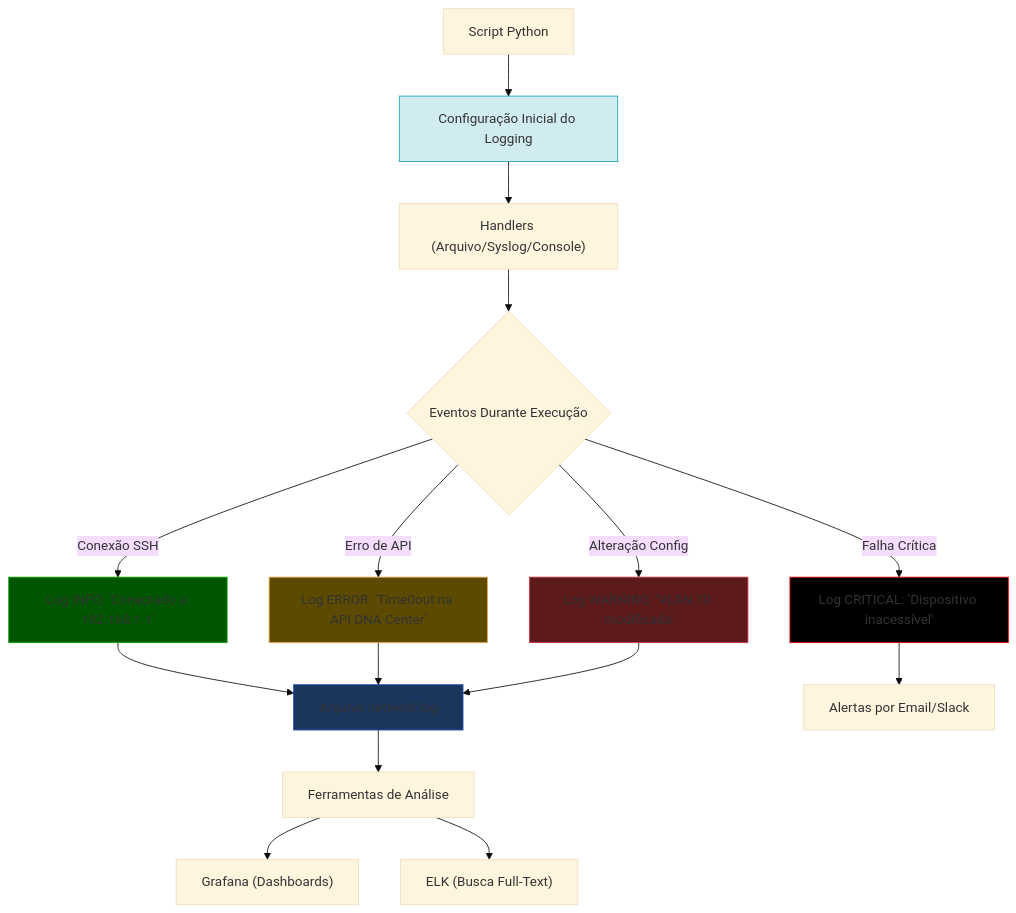
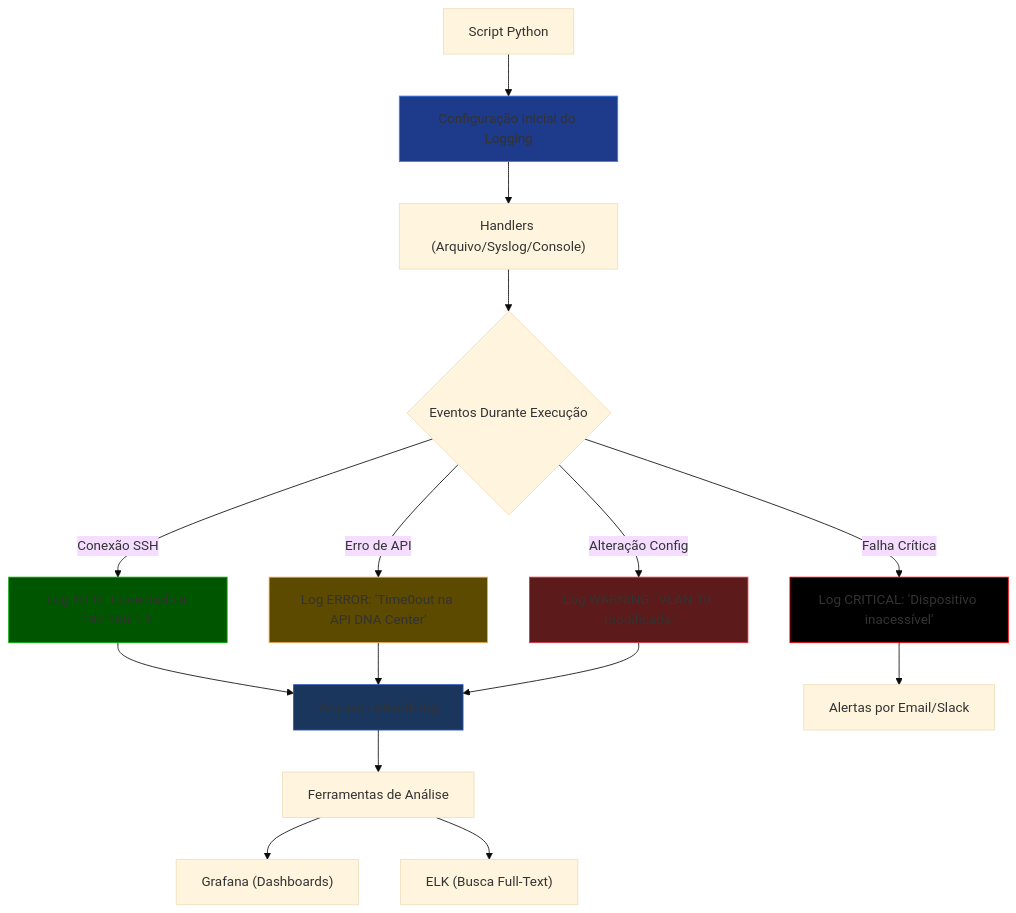
The diagram in CCNP 350-401 ENCOR/06 - Automation/17- Python - Basico 12 - Logging/README.md (alcancil/Cisco), drawn with Mermaid (base theme) before and after one commit.

Commit message:
Alterado o arquivo README.md

````diff
--- a/CCNP 350-401 ENCOR/06 - Automation/17- Python - Basico 12 - Logging/README.md
+++ b/CCNP 350-401 ENCOR/06 - Automation/17- Python - Basico 12 - Logging/README.md
@@ -32,24 +32,24 @@
 ```mermaid
 graph TB
     A[Script Python] --> B[Configuração Inicial do Logging]
     B --> C["Handlers (Arquivo/Syslog/Console)"]
     C --> D{"Eventos Durante Execução"}
     D -->|Conexão SSH| E[Log INFO: 'Conectado a 192.168.1.1']
     D -->|Erro de API| F[Log ERROR: 'Time0out na API DNA Center']
     D -->|Alteração Config| G[Log WARNING: 'VLAN 10 modificada']
     D -->|Falha Crítica| H[Log CRITICAL: 'Dispositivo inacessível']
     E --> I[Arquivo network.log]
     F --> I
     G --> I
     H --> J[Alertas por Email/Slack]
     I --> K[Ferramentas de Análise]
     K --> L["Grafana (Dashboards)"]
     K --> M["ELK (Busca Full-Text)"]
 
-    style B fill:#d1ecf1,stroke:#17a2b8,color:#000000  # Configuracao
+    style B fill:#1e3a8a,stroke:#3b82f6,color:#FFFFFF  # Configuracao
     style E fill:#005500,stroke:#00AA00,color:#FFFFFF  # INFO
     style F fill:#5c4a00,stroke:#f0ad4e,color:#FFFFFF  # ERROR
     style G fill:#5c1a1a,stroke:#dc3545,color:#FFFFFF  # WARNING
     style H fill:#000000,stroke:#ff0000,color:#FFFFFF  # CRITICAL
     style I fill:#1a365d,stroke:#2a52be,color:#FFFFFF  # Arquivo
 ```
````
